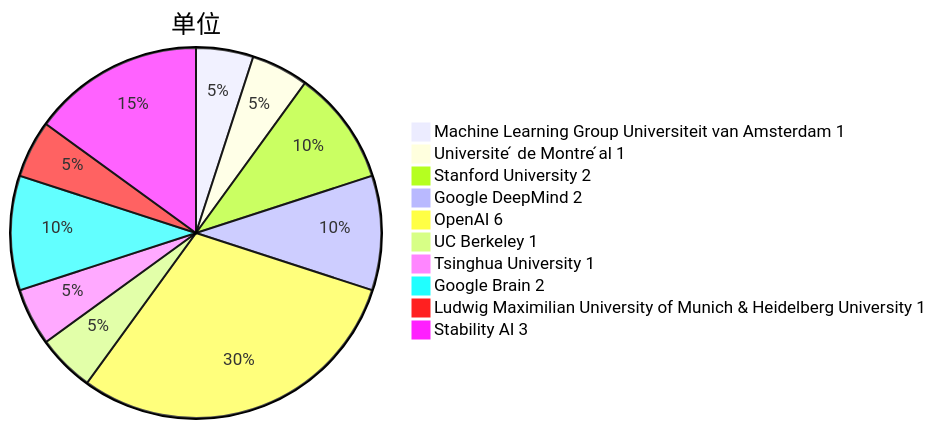
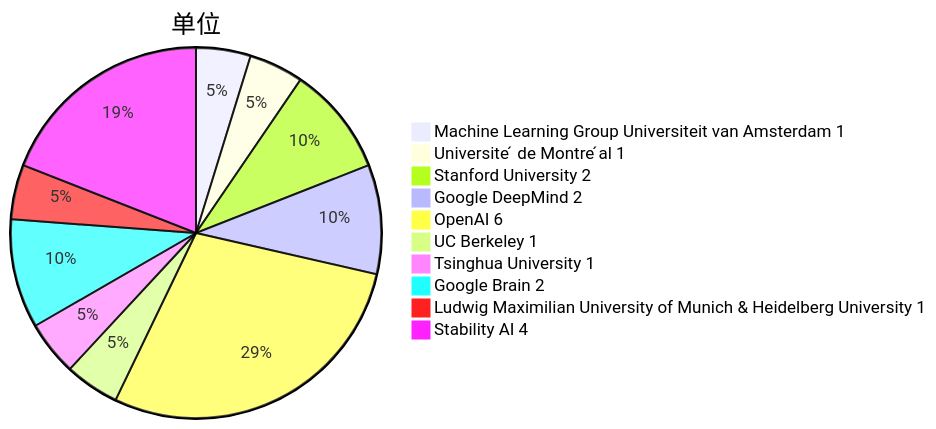
One commit to Elephant-King9/Paper changed the third of 5 diagrams in Base_Model/GAN+VAE+Diffusion/analyse.md. Above: the diagram before and after it, drawn with Mermaid. The commit also changed other lines of this file and 4 other files, not shown here.

````diff
--- a/Base_Model/GAN+VAE+Diffusion/analyse.md
+++ b/Base_Model/GAN+VAE+Diffusion/analyse.md
@@ -62,13 +64,13 @@
 ```mermaid
 pie title 单位
     "Machine Learning Group Universiteit van Amsterdam 1" : 1
     "Universite ́ de Montre ́al 1" : 1
     "Stanford University 2" : 2
     "Google DeepMind 2" : 2
     "OpenAI 6" : 6
     "UC Berkeley 1" : 1
     "Tsinghua University 1" : 1
     "Google Brain 2" : 2
     "Ludwig Maximilian University of Munich & Heidelberg University 1" : 1
-    "Stability AI 3" : 3
+    "Stability AI 4" : 4
 ```
````
